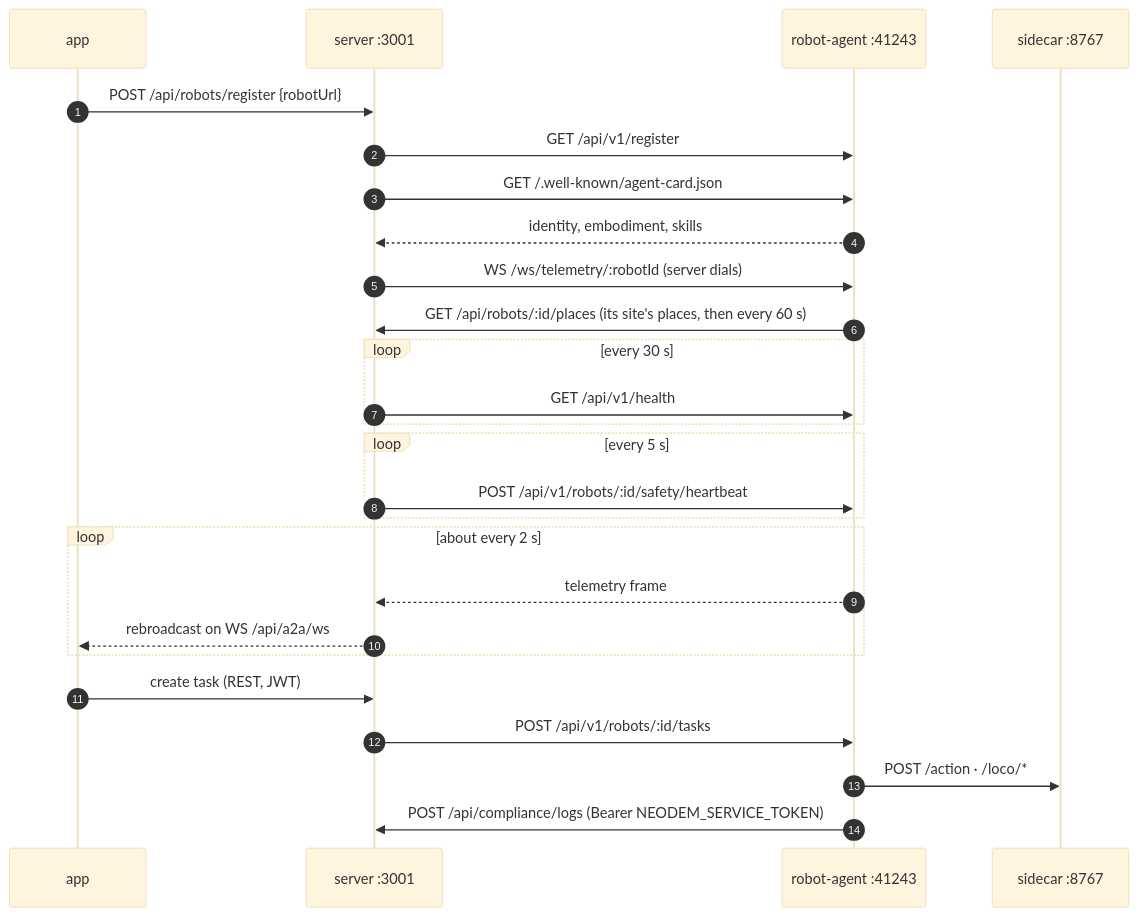
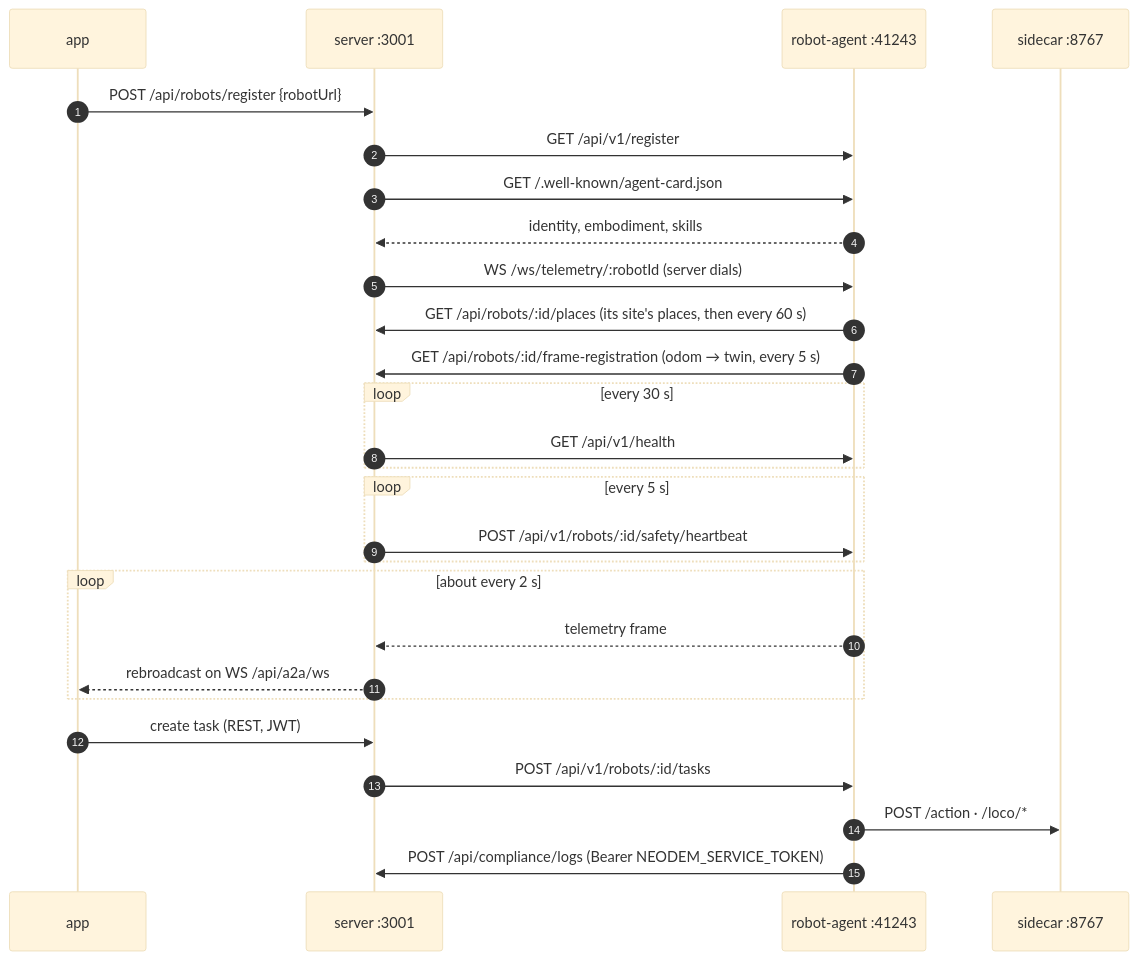
Before and after one commit to RaaSaaR-org/robot-management-system: the first of 2 diagrams in docs/network-architecture.md, drawn with Mermaid (base theme). The commit also changed other lines of this file and 1 other file, not shown here.

Commit message:
docs: the architecture and network docs cover frame registration (TASK-325)

````diff
--- a/docs/network-architecture.md
+++ b/docs/network-architecture.md
@@ -36,29 +36,30 @@
 ```mermaid
 sequenceDiagram
     autonumber
     participant Op as app
     participant S as server :3001
     participant A as robot-agent :41243
     participant H as sidecar :8767
 
     Op->>S: POST /api/robots/register {robotUrl}
     S->>A: GET /api/v1/register
     S->>A: GET /.well-known/agent-card.json
     A-->>S: identity, embodiment, skills
     S->>A: WS /ws/telemetry/:robotId (server dials)
     A->>S: GET /api/robots/:id/places (its site's places, then every 60 s)
+    A->>S: GET /api/robots/:id/frame-registration (odom → twin, every 5 s)
     loop every 30 s
         S->>A: GET /api/v1/health
     end
     loop every 5 s
         S->>A: POST /api/v1/robots/:id/safety/heartbeat
     end
     loop about every 2 s
         A-->>S: telemetry frame
         S-->>Op: rebroadcast on WS /api/a2a/ws
     end
     Op->>S: create task (REST, JWT)
     S->>A: POST /api/v1/robots/:id/tasks
     A->>H: POST /action · /loco/*
     A->>S: POST /api/compliance/logs (Bearer NEODEM_SERVICE_TOKEN)
 ```
````
